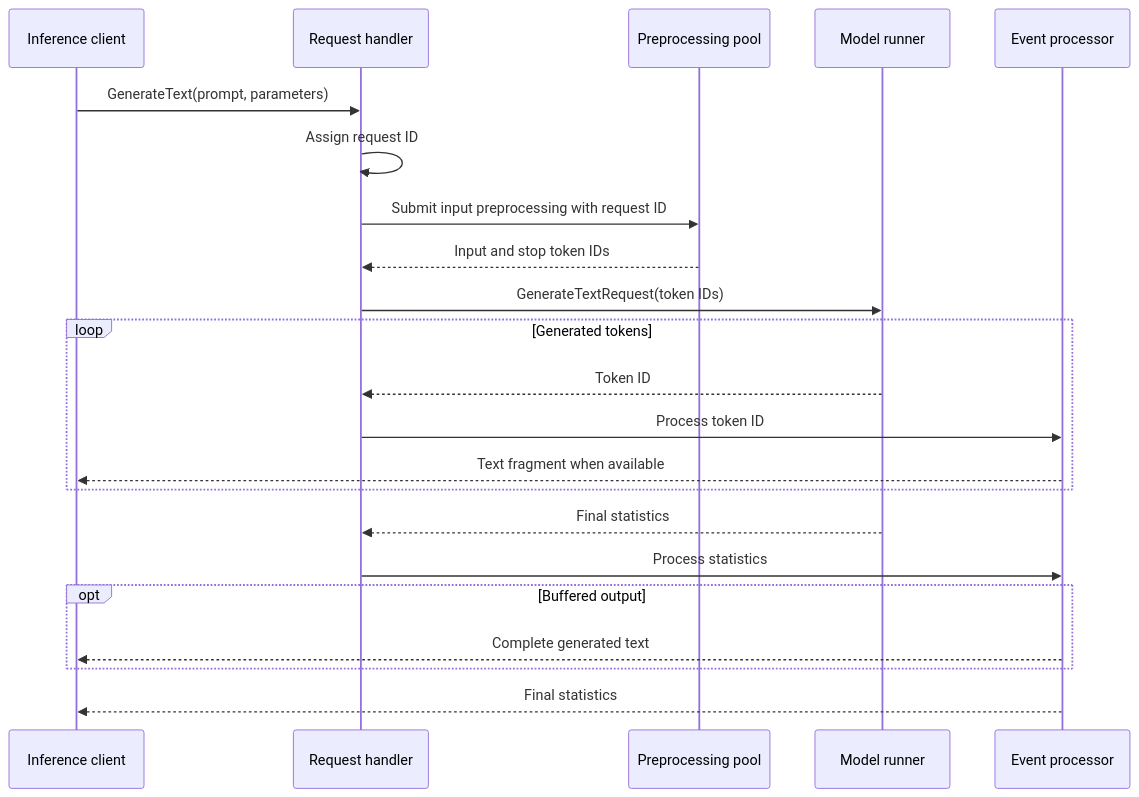
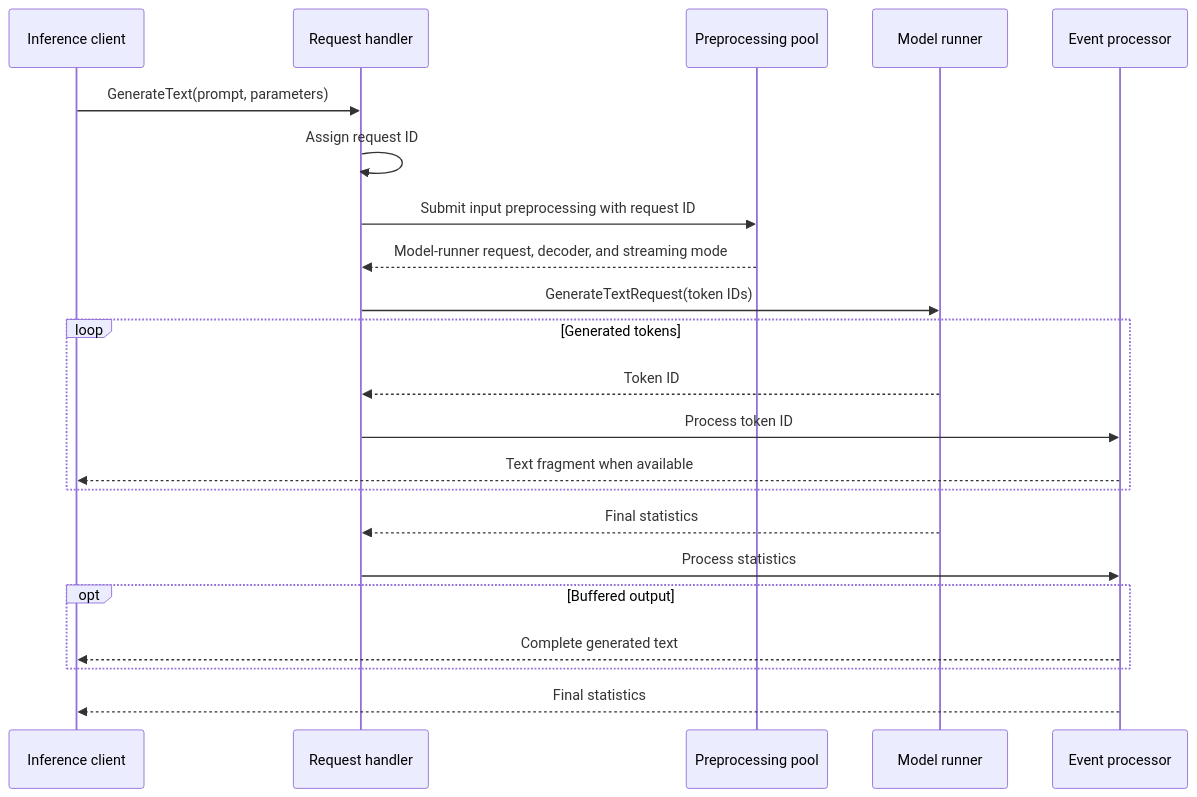
The second of 2 diagrams in src/request_handler/README.md (lun0522/mini-vllm-rs), drawn with Mermaid before and after one commit. The commit also changed other lines of this file and 9 other files, not shown here.

First line of the commit message:
Docs: Streamline READMEs and expand architecture documentation

````diff
--- a/src/request_handler/README.md
+++ b/src/request_handler/README.md
@@ -50,25 +46,25 @@
 ```mermaid
 sequenceDiagram
     participant Caller as Inference client
     participant Handler as Request handler
     participant Preprocessing as Preprocessing pool
     participant Runner as Model runner
     participant Events as Event processor
 
     Caller->>Handler: GenerateText(prompt, parameters)
     Handler->>Handler: Assign request ID
     Handler->>Preprocessing: Submit input preprocessing with request ID
-    Preprocessing-->>Handler: Input and stop token IDs
+    Preprocessing-->>Handler: Model-runner request, decoder, and streaming mode
     Handler->>Runner: GenerateTextRequest(token IDs)
     loop Generated tokens
         Runner-->>Handler: Token ID
         Handler->>Events: Process token ID
         Events-->>Caller: Text fragment when available
     end
     Runner-->>Handler: Final statistics
     Handler->>Events: Process statistics
     opt Buffered output
         Events-->>Caller: Complete generated text
     end
     Events-->>Caller: Final statistics
 ```
````
